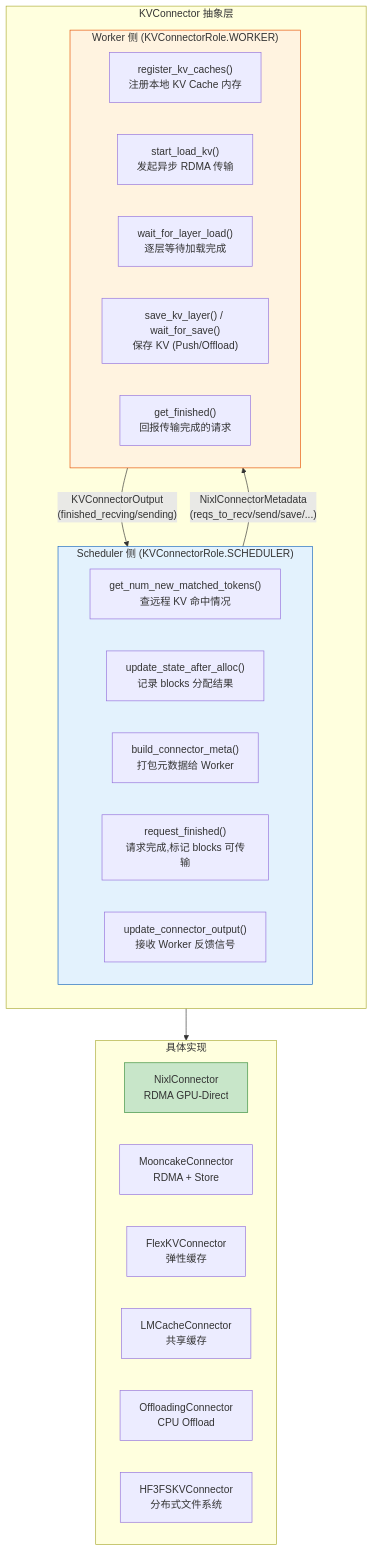
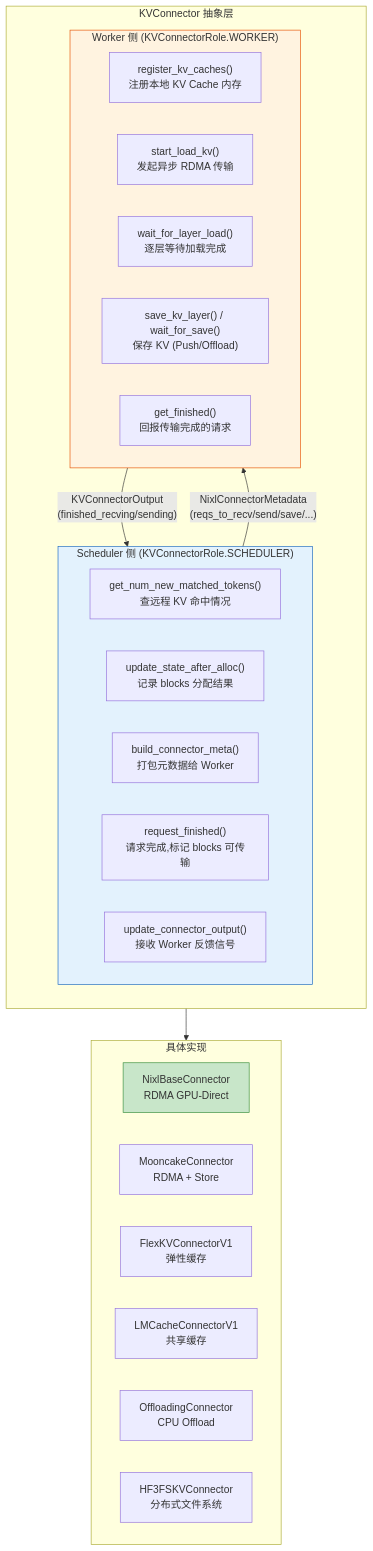
Before and after one commit to keyuanweb/ai-learning-path: the first of 4 diagrams in vllm-learning-path/03-调度与KV缓存/14-KV传输机制详解.md, drawn with Mermaid. The commit also changed other lines of this file and 176 other files, not shown here.

First line of the commit message:
docs: 全仓库文档校对修复——错别字/失效链接/Mermaid图/源码引用

````diff
--- a/vllm-learning-path/03-调度与KV缓存/14-KV传输机制详解.md
+++ b/vllm-learning-path/03-调度与KV缓存/14-KV传输机制详解.md
@@ -35,40 +35,40 @@
 ```mermaid
 flowchart TB
     subgraph CONN["KVConnector 抽象层"]
         direction TB
 
         subgraph SCHED["Scheduler 侧 (KVConnectorRole.SCHEDULER)"]
             S1["get_num_new_matched_tokens()<br/>查远程 KV 命中情况"]
             S2["update_state_after_alloc()<br/>记录 blocks 分配结果"]
             S3["build_connector_meta()<br/>打包元数据给 Worker"]
             S4["request_finished()<br/>请求完成,标记 blocks 可传输"]
             S5["update_connector_output()<br/>接收 Worker 反馈信号"]
         end
 
         subgraph WORK["Worker 侧 (KVConnectorRole.WORKER)"]
             W1["register_kv_caches()<br/>注册本地 KV Cache 内存"]
             W2["start_load_kv()<br/>发起异步 RDMA 传输"]
             W3["wait_for_layer_load()<br/>逐层等待加载完成"]
             W4["save_kv_layer() / wait_for_save()<br/>保存 KV (Push/Offload)"]
             W5["get_finished()<br/>回报传输完成的请求"]
         end
 
         SCHED -->|"NixlConnectorMetadata<br/>(reqs_to_recv/send/save/...)"| WORK
         WORK -->|"KVConnectorOutput<br/>(finished_recving/sending)"| SCHED
     end
 
     subgraph IMPL["具体实现"]
-        NIXL["NixlConnector<br/>RDMA GPU-Direct"]
+        NIXL["NixlBaseConnector<br/>RDMA GPU-Direct"]
         MOON["MooncakeConnector<br/>RDMA + Store"]
-        FLEX["FlexKVConnector<br/>弹性缓存"]
-        LMC["LMCacheConnector<br/>共享缓存"]
+        FLEX["FlexKVConnectorV1<br/>弹性缓存"]
+        LMC["LMCacheConnectorV1<br/>共享缓存"]
         OFF["OffloadingConnector<br/>CPU Offload"]
         HF3["HF3FSKVConnector<br/>分布式文件系统"]
     end
 
     CONN --> IMPL
 
     style SCHED fill:#e3f2fd,stroke:#1565c0
     style WORK fill:#fff3e0,stroke:#e65100
     style NIXL fill:#c8e6c9,stroke:#388e3c
 ```
````
